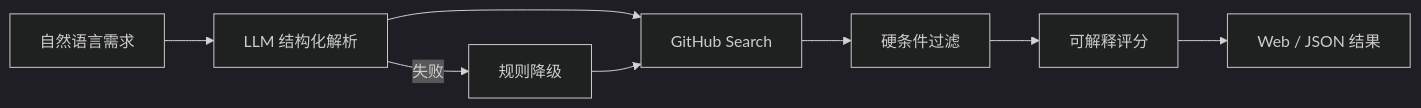
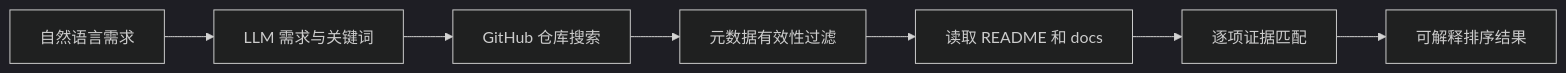
One commit to ETOLucy/RepoScoutAgent changed the diagram in README.md. Above: the diagram before and after it, drawn with Mermaid (dark theme). The commit also changed other lines of this file and 19 other files, not shown here.

````diff
--- a/README.md
+++ b/README.md
@@ -27,10 +13,9 @@
 ```mermaid
 flowchart LR
-    A[自然语言需求] --> B[LLM 结构化解析]
-    B -->|失败| C[规则降级]
-    B --> D[GitHub Search]
-    C --> D
-    D --> E[硬条件过滤]
-    E --> F[可解释评分]
-    F --> G[Web / JSON 结果]
+    A[自然语言需求] --> B[LLM 需求与关键词]
+    B --> C[GitHub 仓库搜索]
+    C --> D[元数据有效性过滤]
+    D --> E[读取 README 和 docs]
+    E --> F[逐项证据匹配]
+    F --> G[可解释排序结果]
 ```
````
